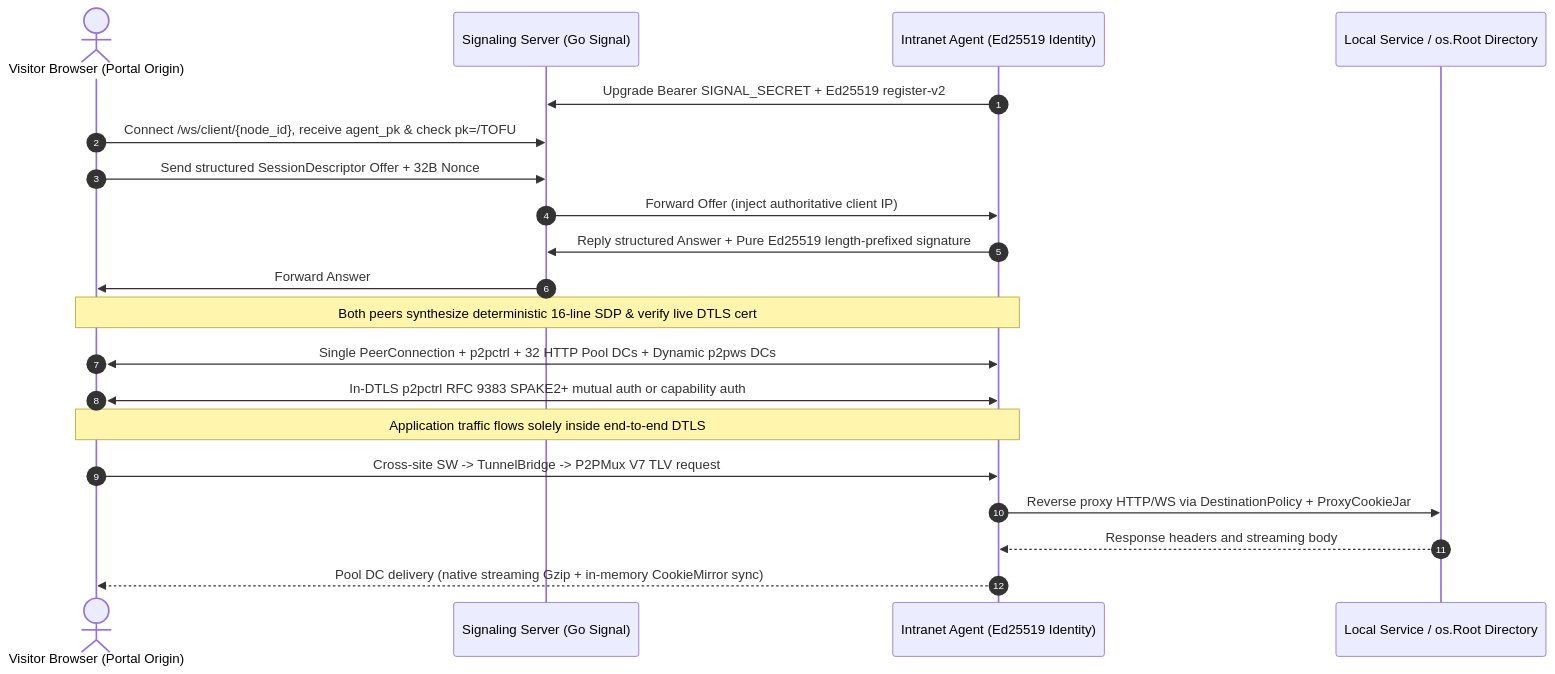
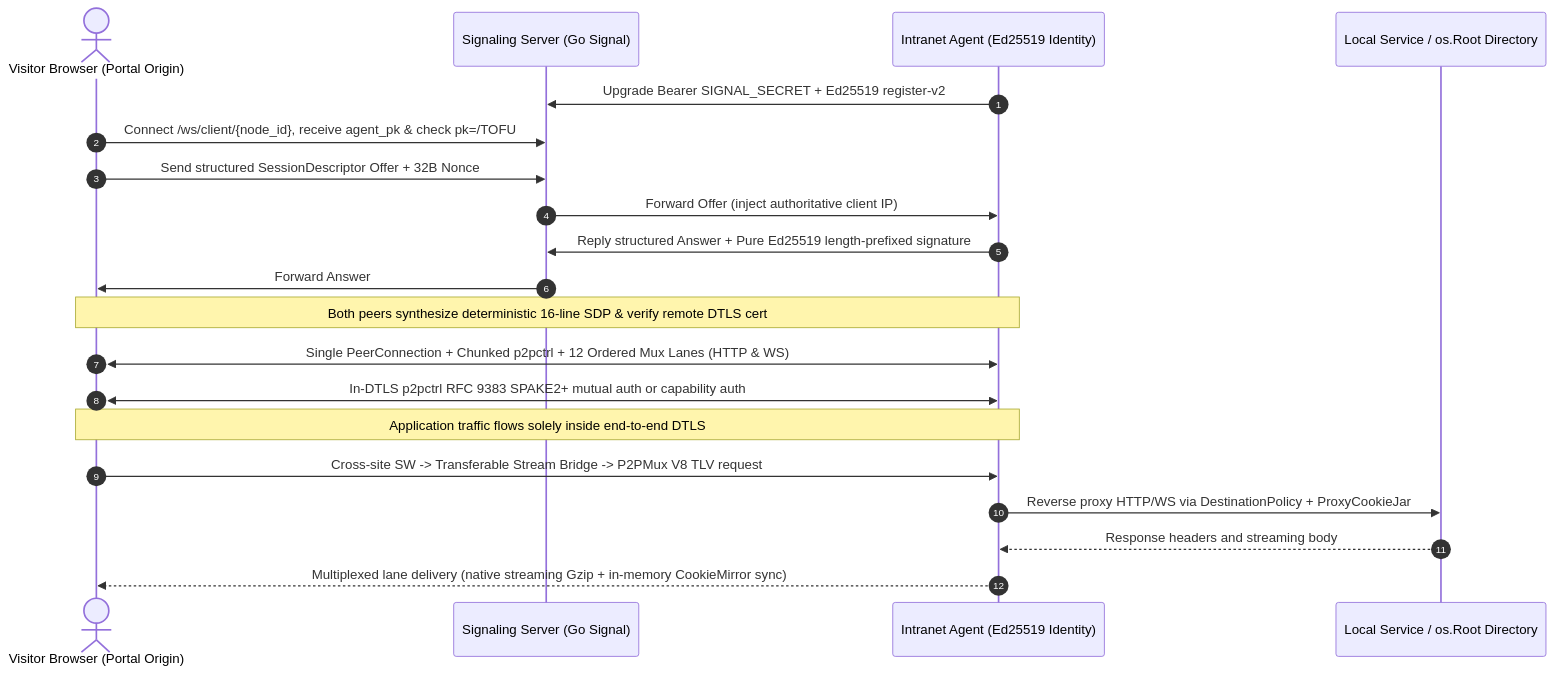
Before and after one commit to BeingNoAbility/WebRTC-Gateway: the diagram in docs/en/guide/architecture.md, drawn with Mermaid. The commit also changed other lines of this file and 118 other files, not shown here.

````diff
--- a/docs/en/guide/architecture.md
+++ b/docs/en/guide/architecture.md
@@ -12,25 +12,25 @@
 ```mermaid
 sequenceDiagram
     autonumber
     actor Visitor as Visitor Browser (Portal Origin)
     participant Signal as Signaling Server (Go Signal)
     participant Agent as Intranet Agent (Ed25519 Identity)
     participant Target as Local Service / os.Root Directory
 
     Agent->>Signal: Upgrade Bearer SIGNAL_SECRET + Ed25519 register-v2
     Visitor->>Signal: Connect /ws/client/{node_id}, receive agent_pk & check pk=/TOFU
     Visitor->>Signal: Send structured SessionDescriptor Offer + 32B Nonce
     Signal->>Agent: Forward Offer (inject authoritative client IP)
     Agent->>Signal: Reply structured Answer + Pure Ed25519 length-prefixed signature
     Signal->>Visitor: Forward Answer
-    Note over Visitor,Agent: Both peers synthesize deterministic 16-line SDP & verify live DTLS cert
+    Note over Visitor,Agent: Both peers synthesize deterministic 16-line SDP & verify remote DTLS cert
 
-    Visitor<<->>Agent: Single PeerConnection + p2pctrl + 32 HTTP Pool DCs + Dynamic p2pws DCs
+    Visitor<<->>Agent: Single PeerConnection + Chunked p2pctrl + 12 Ordered Mux Lanes (HTTP & WS)
     Visitor<<->>Agent: In-DTLS p2pctrl RFC 9383 SPAKE2+ mutual auth or capability auth
     Note over Visitor,Agent: Application traffic flows solely inside end-to-end DTLS
 
-    Visitor->>Agent: Cross-site SW -> TunnelBridge -> P2PMux V7 TLV request
+    Visitor->>Agent: Cross-site SW -> Transferable Stream Bridge -> P2PMux V8 TLV request
     Agent->>Target: Reverse proxy HTTP/WS via DestinationPolicy + ProxyCookieJar
     Target-->>Agent: Response headers and streaming body
-    Agent-->>Visitor: Pool DC delivery (native streaming Gzip + in-memory CookieMirror sync)
+    Agent-->>Visitor: Multiplexed lane delivery (native streaming Gzip + in-memory CookieMirror sync)
 ```
````
